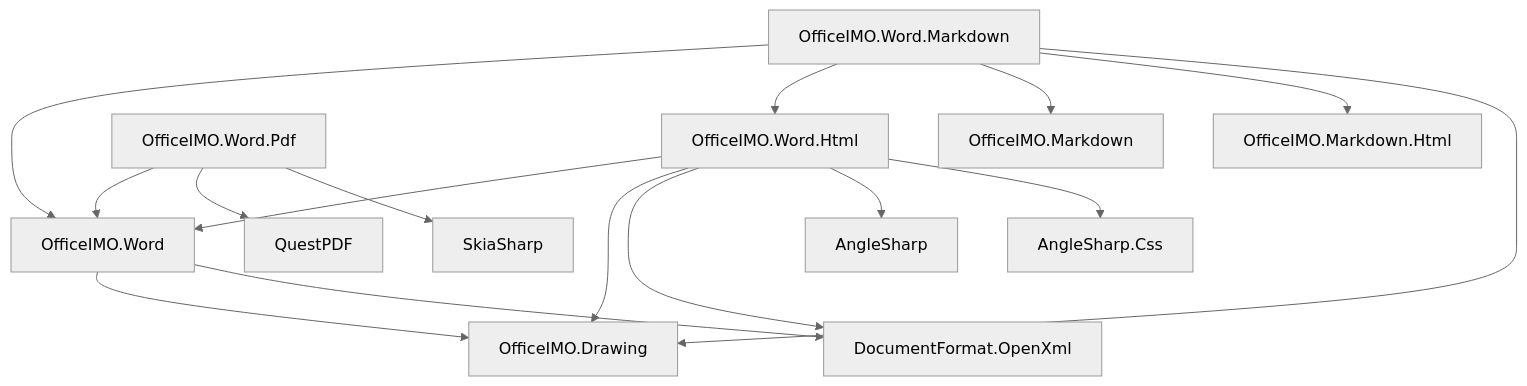
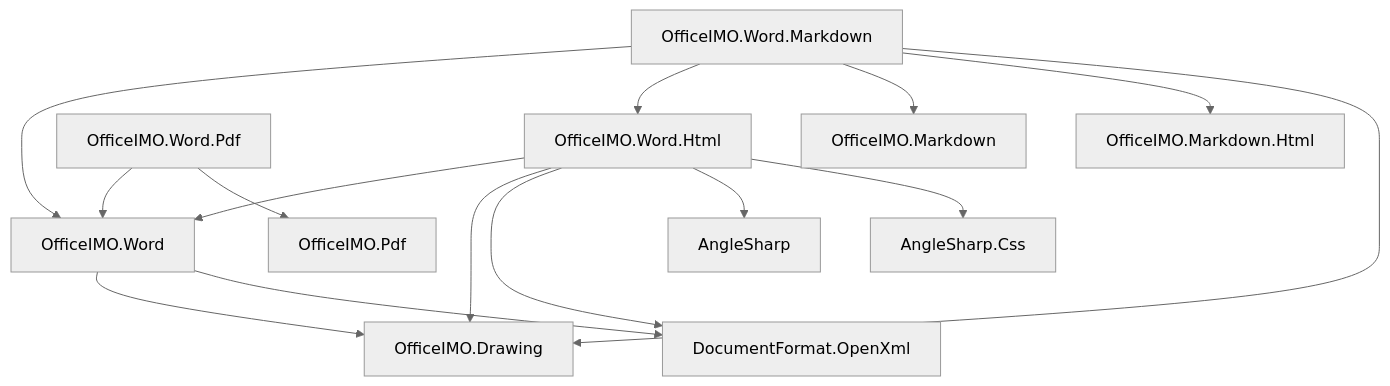
One commit to EvotecIT/OfficeIMO changed the first of 4 diagrams in README.md. Above: the diagram before and after it, drawn with Mermaid (neutral theme). The commit also changed other lines of this file and 163 other files, not shown here.

First line of the commit message:
Advance first-party PDF roadmap (#1869)

````diff
--- a/README.md
+++ b/README.md
@@ -181,31 +183,29 @@
 ```mermaid
 flowchart TB
   Word["OfficeIMO.Word"]
   Drawing["OfficeIMO.Drawing"]
   WordHtml["OfficeIMO.Word.Html"]
   WordMarkdown["OfficeIMO.Word.Markdown"]
   WordPdf["OfficeIMO.Word.Pdf"]
   Markdown["OfficeIMO.Markdown"]
   MarkdownHtml["OfficeIMO.Markdown.Html"]
   OpenXml["DocumentFormat.OpenXml"]
   Angle["AngleSharp"]
   AngleCss["AngleSharp.Css"]
-  Quest["QuestPDF"]
-  Skia["SkiaSharp"]
+  Pdf["OfficeIMO.Pdf"]
 
   Word --> Drawing
   Word --> OpenXml
   WordHtml --> Word
   WordHtml --> Drawing
   WordHtml --> OpenXml
   WordHtml --> Angle
   WordHtml --> AngleCss
   WordMarkdown --> Word
   WordMarkdown --> WordHtml
   WordMarkdown --> Markdown
   WordMarkdown --> MarkdownHtml
   WordMarkdown --> Drawing
   WordPdf --> Word
-  WordPdf --> Quest
-  WordPdf --> Skia
+  WordPdf --> Pdf
 ```
````
